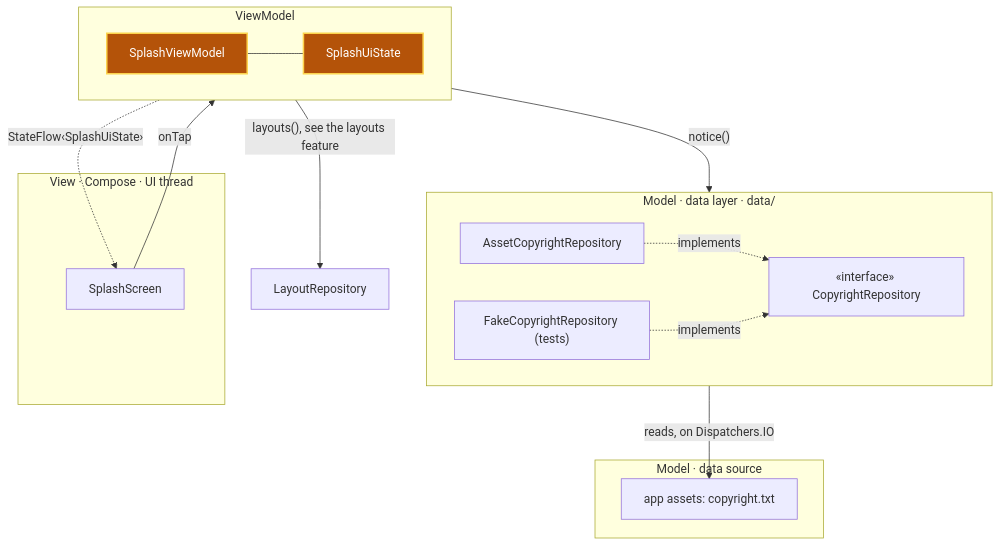
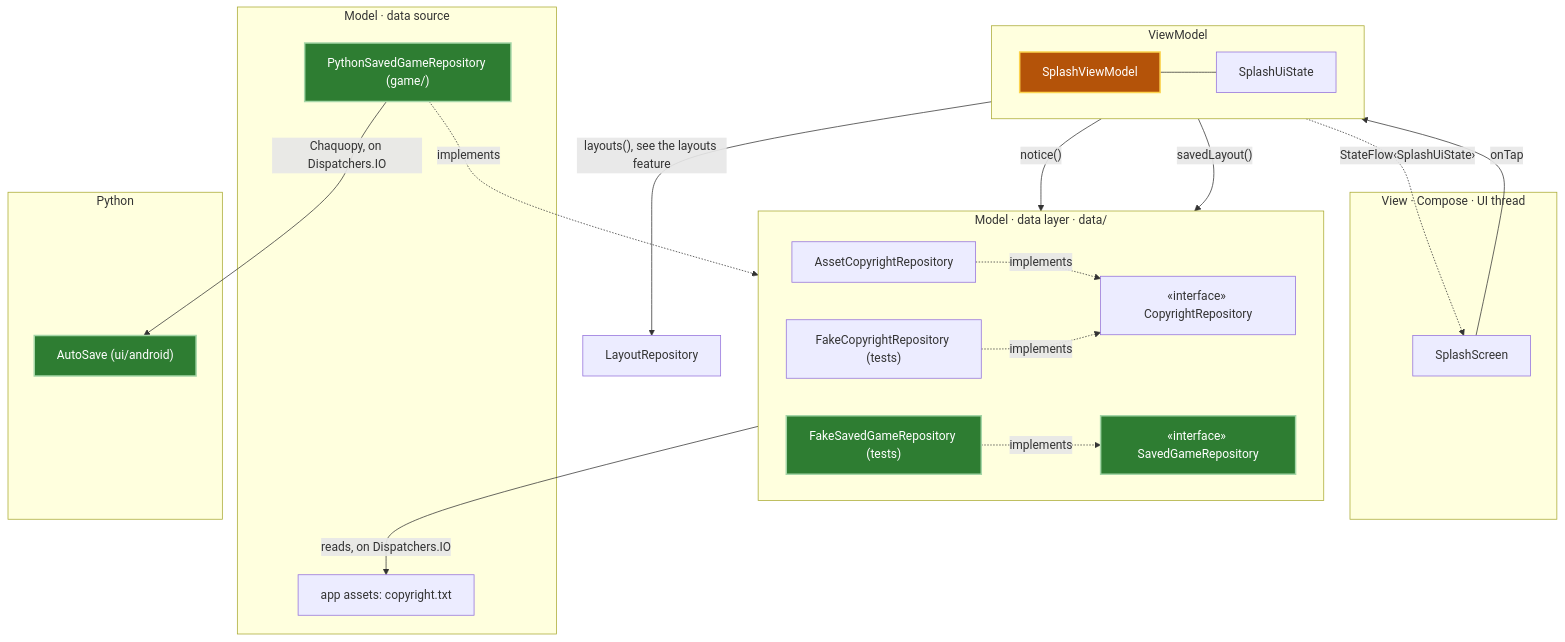
One commit to aivanov61/sudoku-solver changed the second of 8 diagrams in android/docs/architecture.md. Above: the diagram before and after it, drawn with Mermaid. The commit also changed other lines of this file and 22 other files, not shown here.

Commit message:
Auto-save the game in progress to the app's storage whenever the app is stopped, restore it when the game starts and resume its layout from the splash, keeping with a warning a save file that can't be restored until there is something to save.

````diff
--- a/android/docs/architecture.md
+++ b/android/docs/architecture.md
@@ -70,30 +93,42 @@
 ```mermaid
 flowchart TB
     subgraph View["View · Compose · UI thread"]
         SplashScreen
     end
 
     subgraph VM["ViewModel"]
         direction LR
         SplashViewModel --- SplashUiState
     end
 
     subgraph DataLayer["Model · data layer · data/"]
         direction LR
         AssetCopyrightRepository -. implements .-> CopyrightRepository["«interface» CopyrightRepository"]
         FakeCopyrightRepository["FakeCopyrightRepository (tests)"] -. implements .-> CopyrightRepository
+        SavedGameRepository["«interface» SavedGameRepository"]
+        FakeSavedGameRepository["FakeSavedGameRepository (tests)"] -. implements .-> SavedGameRepository
     end
 
     subgraph DataSource["Model · data source"]
         Assets["app assets: copyright.txt"]
+        PythonSavedGameRepository["PythonSavedGameRepository (game/)"]
+    end
+
+    subgraph Python["Python"]
+        AutoSave["AutoSave (ui/android)"]
     end
 
     SplashScreen -- "onTap" --> SplashViewModel
     SplashViewModel -. "StateFlow‹SplashUiState›" .-> SplashScreen
     SplashViewModel -- "notice()" --> CopyrightRepository
     SplashViewModel -- "layouts(), see the layouts feature" --> LayoutRepository["LayoutRepository"]
+    SplashViewModel -- "savedLayout()" --> SavedGameRepository
     AssetCopyrightRepository -- "reads, on Dispatchers.IO" --> Assets
+    PythonSavedGameRepository -. implements .-> SavedGameRepository
+    PythonSavedGameRepository -- "Chaquopy, on Dispatchers.IO" --> AutoSave
 
+    classDef new fill:#2e7d32,stroke:#a5d6a7,stroke-width:2px,color:#ffffff
     classDef changed fill:#b45309,stroke:#fcd34d,stroke-width:2px,color:#ffffff
-    class SplashViewModel,SplashUiState changed
+    class SavedGameRepository,FakeSavedGameRepository,PythonSavedGameRepository,AutoSave new
+    class SplashViewModel changed
 ```
````
